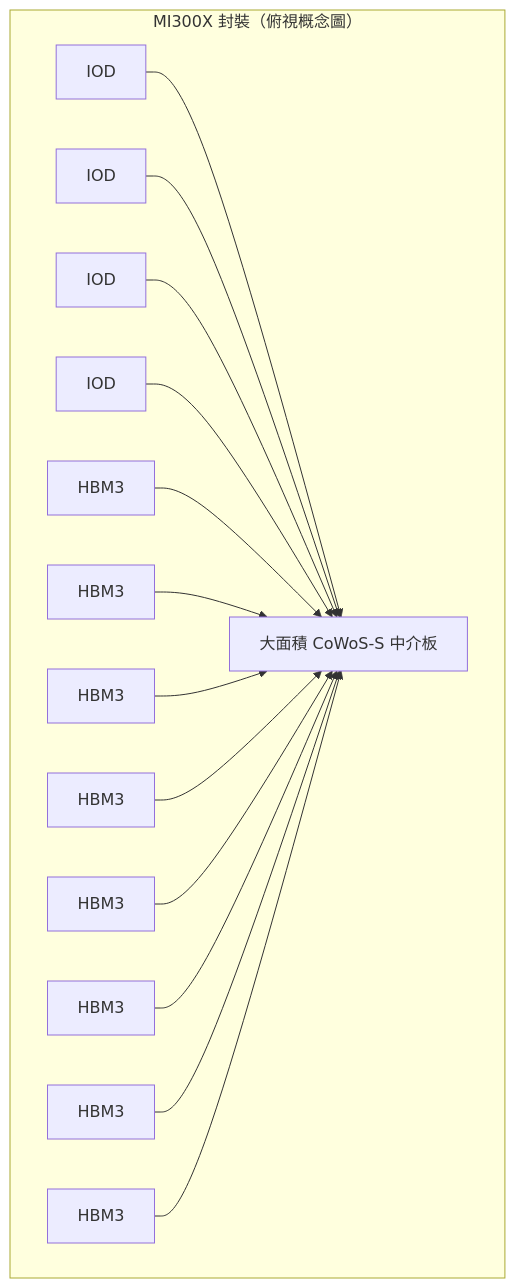
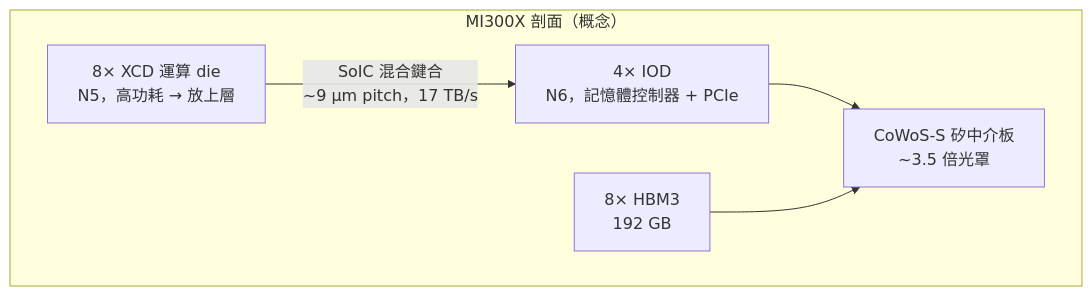
The third of 3 diagrams in docs/cowos/08-cowos-ai-hpc.md (wizardhsiehcom/book), drawn with Mermaid before and after one commit. The commit also changed other lines of this file and 33 other files, not shown here.

````diff
--- a/docs/cowos/08-cowos-ai-hpc.md
+++ b/docs/cowos/08-cowos-ai-hpc.md
@@ -31,12 +117,12 @@
 ```mermaid
 flowchart TB
-    subgraph "MI300X 封裝（俯視概念圖）"
-        I1["IOD"] & I2["IOD"] & I3["IOD"] & I4["IOD"]
-        HB1["HBM3"] & HB2["HBM3"] & HB3["HBM3"] & HB4["HBM3"]
-        HB5["HBM3"] & HB6["HBM3"] & HB7["HBM3"] & HB8["HBM3"]
-        INT["大面積 CoWoS-S 中介板"]
-        I1 & I2 & I3 & I4 --> INT
-        HB1 & HB2 & HB3 & HB4 --> INT
-        HB5 & HB6 & HB7 & HB8 --> INT
+    subgraph "MI300X 剖面（概念）"
+        XCD["8× XCD 運算 die<br/>N5，高功耗 → 放上層"]
+        IOD["4× IOD<br/>N6，記憶體控制器 + PCIe"]
+        INT["CoWoS-S 矽中介板<br/>~3.5 倍光罩"]
+        HBM["8× HBM3<br/>192 GB"]
+        XCD -->|"SoIC 混合鍵合<br/>~9 μm pitch，17 TB/s"| IOD
+        IOD --> INT
+        HBM --> INT
     end
 ```
````
